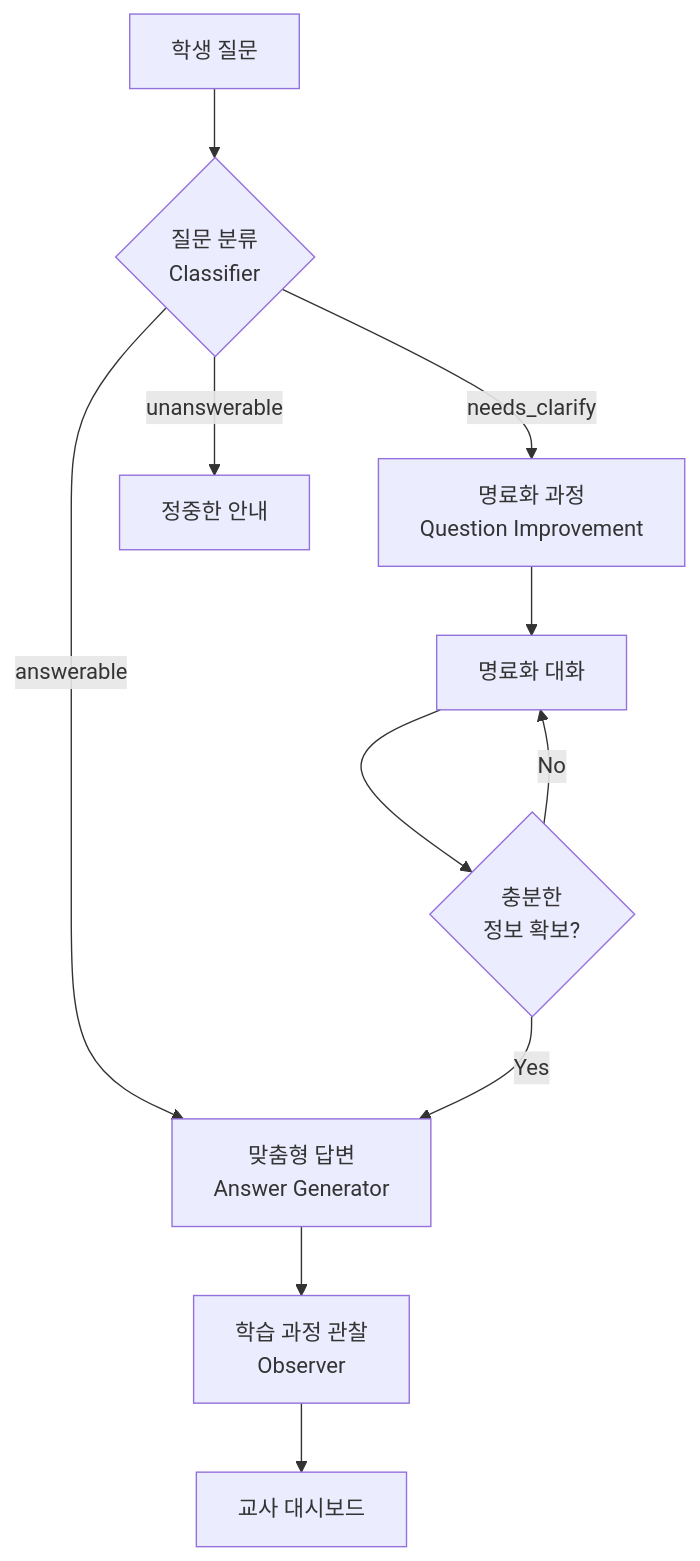
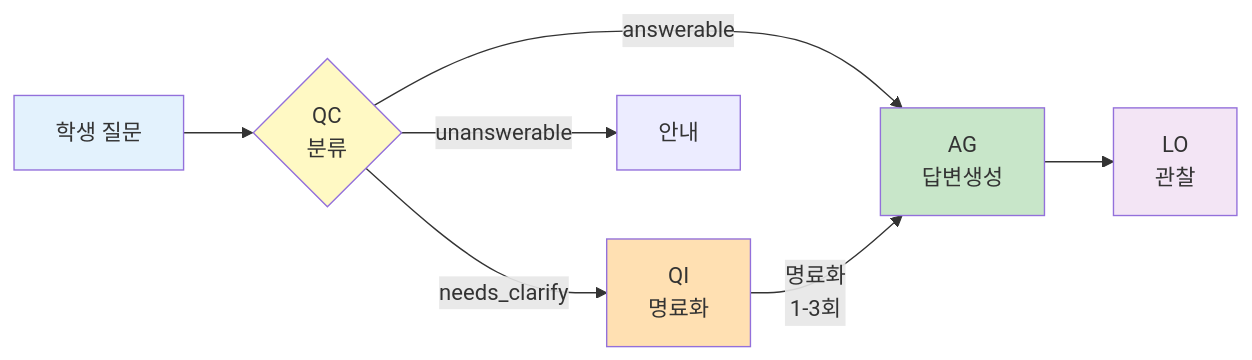
One commit to KimKyuBong/maice-paper-deploy changed the first of 6 diagrams in docs/chapters/03-system-design.md. Above: the diagram before and after it, drawn with Mermaid. The commit also changed other lines of this file and 79 other files, not shown here.

````diff
--- a/docs/chapters/03-system-design.md
+++ b/docs/chapters/03-system-design.md
@@ -50,13 +52,15 @@
 ```mermaid
-flowchart TD
-    A[학생 질문] --> B{질문 분류<br/>Classifier}
-    B -->|answerable| D[맞춤형 답변<br/>Answer Generator]
-    B -->|needs_clarify| C[명료화 과정<br/>Question Improvement]
-    B -->|unanswerable| E[정중한 안내]
-    C --> F[명료화 대화]
-    F --> G{충분한<br/>정보 확보?}
-    G -->|Yes| D
-    G -->|No| F
-    D --> H[학습 과정 관찰<br/>Observer]
-    H --> I[교사 대시보드]
+flowchart LR
+    A[학생 질문] --> B{QC<br/>분류}
+    B -->|answerable| D[AG<br/>답변생성]
+    B -->|needs_clarify| C[QI<br/>명료화]
+    B -->|unanswerable| E[안내]
+    C -->|명료화<br/>1-3회| D
+    D --> H[LO<br/>관찰]
+    
+    style A fill:#E3F2FD
+    style B fill:#FFF9C4
+    style C fill:#FFE0B2
+    style D fill:#C8E6C9
+    style H fill:#F3E5F5
 ```
````
